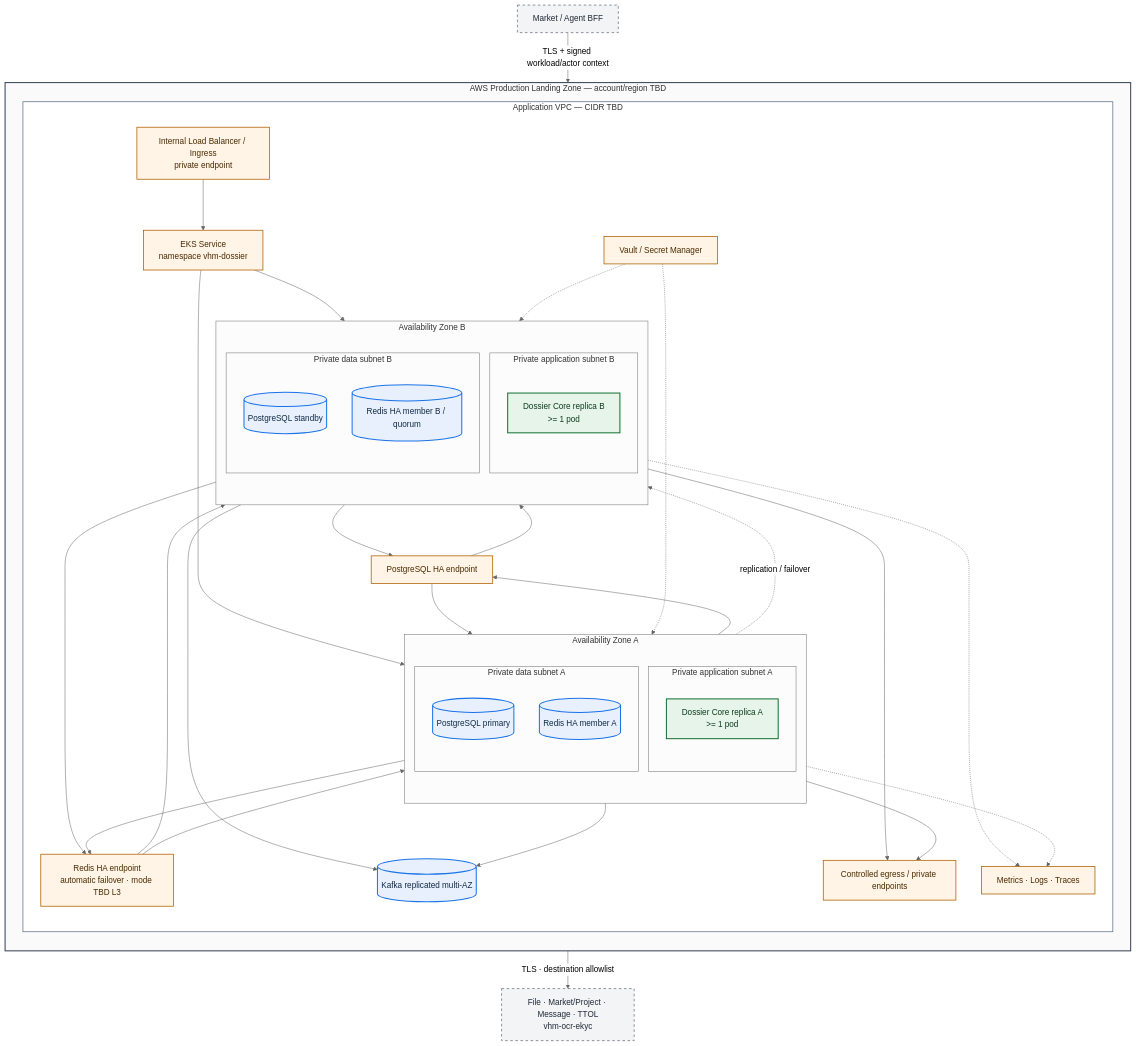
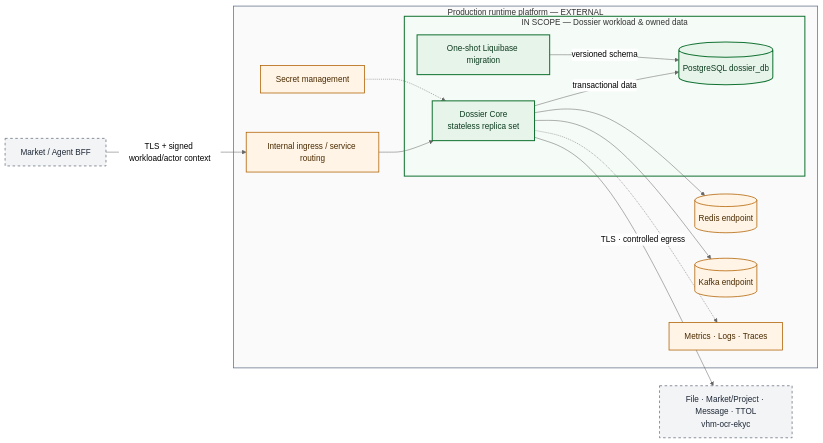
Diagram 15 of 15 in tdd-dossier.md (huynv-xyz/vhm), drawn with Mermaid (neutral theme) before and after one commit. The commit also changed other lines of this file, not shown here.

````diff
--- a/tdd-dossier.md
+++ b/tdd-dossier.md
@@ -1168,79 +1197,39 @@
 ```mermaid
-flowchart TB
+flowchart LR
     classDef external fill:#F3F4F6,stroke:#6B7280,stroke-width:1.5px,stroke-dasharray:5 5,color:#1F2937
-    classDef app fill:#E6F4EA,stroke:#137333,stroke-width:2px,color:#0D3B1E
-    classDef data fill:#E8F0FE,stroke:#1A73E8,stroke-width:2px,color:#102A43
+    classDef inScope fill:#E6F4EA,stroke:#137333,stroke-width:2px,color:#0D3B1E
     classDef platform fill:#FFF4E5,stroke:#B06000,stroke-width:1.5px,color:#4A2A00
 
     BFF[Market / Agent BFF]
     EXT[File · Market/Project · Message · TTOL<br/>vhm-ocr-ekyc]
 
-    subgraph LZ[AWS Production Landing Zone — account/region TBD]
-        direction TB
-        subgraph VPC[Application VPC — CIDR TBD]
-            direction TB
-            INGRESS[Internal Load Balancer / Ingress<br/>private endpoint]
-            SERVICE[EKS Service<br/>namespace vhm-dossier]
+    subgraph PLATFORM[Production runtime platform — EXTERNAL]
+        INGRESS[Internal ingress / service routing]
+        REDIS[(Redis endpoint)]
+        KAFKA[(Kafka endpoint)]
+        SECRET[Secret management]
+        OBS[Metrics · Logs · Traces]
 
-            subgraph AZA[Availability Zone A]
-                direction TB
-                subgraph APPA[Private application subnet A]
-                    COREA[Dossier Core replica A<br/>>= 1 pod]
-                end
-                subgraph DATAA[Private data subnet A]
-                    PGA[(PostgreSQL primary)]
-                    REDISA[(Redis HA member A)]
-                end
-            end
-
-            subgraph AZB[Availability Zone B]
-                direction TB
-                subgraph APPB[Private application subnet B]
-                    COREB[Dossier Core replica B<br/>>= 1 pod]
-                end
-                subgraph DATAB[Private data subnet B]
-                    PGB[(PostgreSQL standby)]
-                    REDISB[(Redis HA member B / quorum)]
-                end
-            end
-
-            DBEP[PostgreSQL HA endpoint]
-            REDISEP[Redis HA endpoint<br/>automatic failover · mode TBD L3]
-            KAFKA[(Kafka replicated multi-AZ)]
-            EGRESS[Controlled egress / private endpoints]
-            VAULT[Vault / Secret Manager]
-            OBS[Metrics · Logs · Traces]
-
-            INGRESS --> SERVICE
-            SERVICE --> COREA
-            SERVICE --> COREB
-            COREA --> DBEP
-            COREB --> DBEP
-            DBEP --> PGA
-            DBEP --> PGB
-            PGA -.->|replication / failover| PGB
-            COREA --> REDISEP
-            COREB --> REDISEP
-            REDISEP --> REDISA
-            REDISEP --> REDISB
-            COREA --> KAFKA
-            COREB --> KAFKA
-            COREA --> EGRESS
-            COREB --> EGRESS
-            VAULT -.-> COREA
-            VAULT -.-> COREB
-            COREA -.-> OBS
-            COREB -.-> OBS
+        subgraph SCOPE[IN SCOPE — Dossier workload & owned data]
+            CORE[Dossier Core<br/>stateless replica set]
+            MIG[One-shot Liquibase migration]
+            DB[(PostgreSQL dossier_db)]
+            CORE -->|transactional data| DB
+            MIG -->|versioned schema| DB
         end
     end
 
     BFF -->|TLS + signed workload/actor context| INGRESS
-    EGRESS -->|TLS · destination allowlist| EXT
+    INGRESS --> CORE
+    CORE --> REDIS
+    CORE --> KAFKA
+    SECRET -.-> CORE
+    CORE -.-> OBS
+    CORE -->|TLS · controlled egress| EXT
 
     class BFF,EXT external
-    class COREA,COREB app
-    class PGA,PGB,REDISA,REDISB,KAFKA data
-    class INGRESS,SERVICE,DBEP,REDISEP,EGRESS,VAULT,OBS platform
-    style LZ fill:#FAFAFA,stroke:#374151,stroke-width:2px
-    style VPC fill:#FFFFFF,stroke:#64748B,stroke-width:1.5px
+    class CORE,MIG,DB inScope
+    class INGRESS,REDIS,KAFKA,SECRET,OBS platform
+    style PLATFORM fill:#FAFAFA,stroke:#64748B,stroke-width:1.5px
+    style SCOPE fill:#F5FBF6,stroke:#137333,stroke-width:2px
 ```
````
